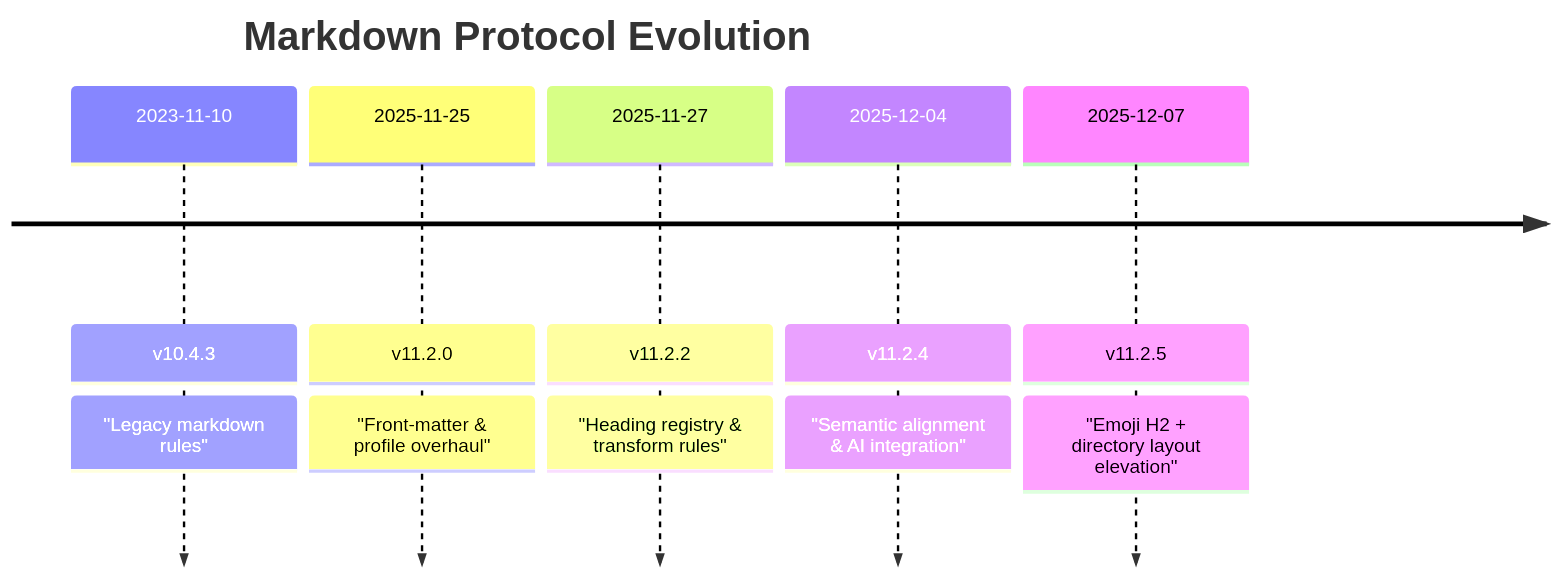
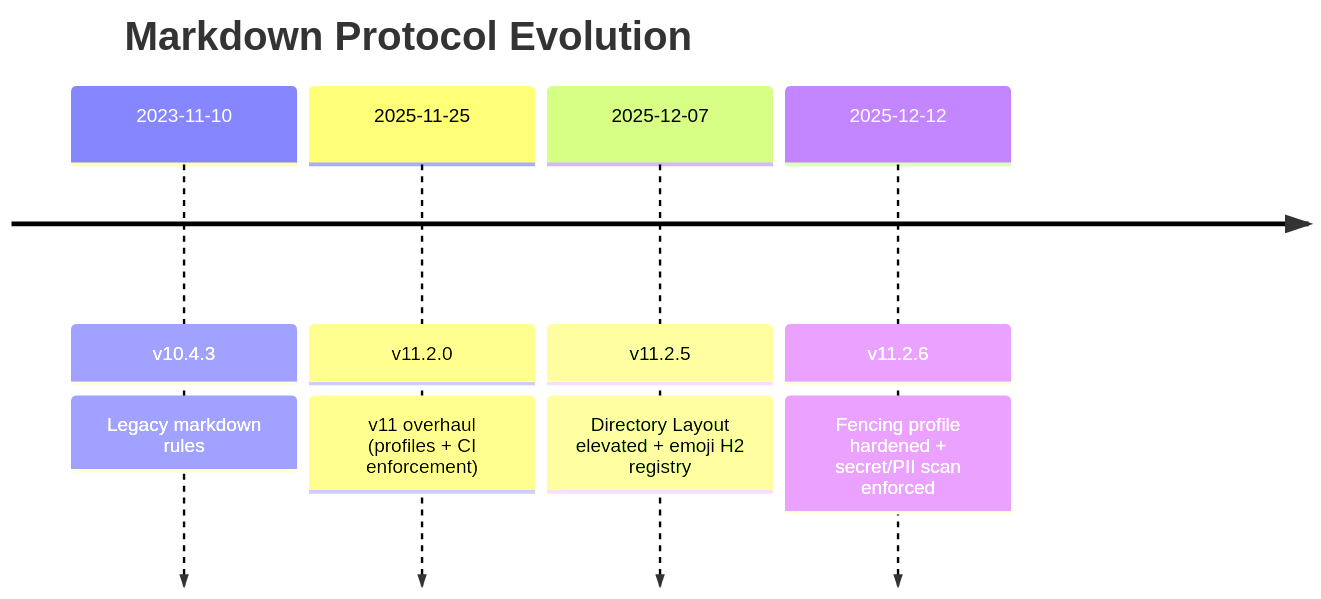
The second of 2 diagrams in ARCHITECTURE.md (bartytime4life/Kansas-Frontier-Matrix), drawn with Mermaid before and after one commit. The commit also changed other lines of this file, not shown here.

````diff
--- a/ARCHITECTURE.md
+++ b/ARCHITECTURE.md
@@ -390,9 +458,8 @@
-```mermaid
+~~~mermaid
 timeline
-    title Markdown Protocol Evolution
-    2023-11-10 : v10.4.3 : "Legacy markdown rules"
-    2025-11-25 : v11.2.0 : "Front-matter & profile overhaul"
-    2025-11-27 : v11.2.2 : "Heading registry & transform rules"
-    2025-12-04 : v11.2.4 : "Semantic alignment & AI integration"
-    2025-12-07 : v11.2.5 : "Emoji H2 + directory layout elevation"
-```
+  title Markdown Protocol Evolution
+  2023-11-10 : v10.4.3 : Legacy markdown rules
+  2025-11-25 : v11.2.0 : v11 overhaul (profiles + CI enforcement)
+  2025-12-07 : v11.2.5 : Directory Layout elevated + emoji H2 registry
+  2025-12-12 : v11.2.6 : Fencing profile hardened + secret/PII scan enforced
+~~~
````
